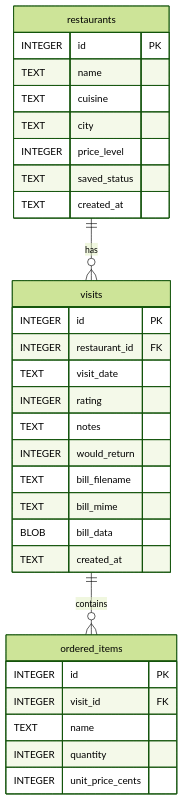
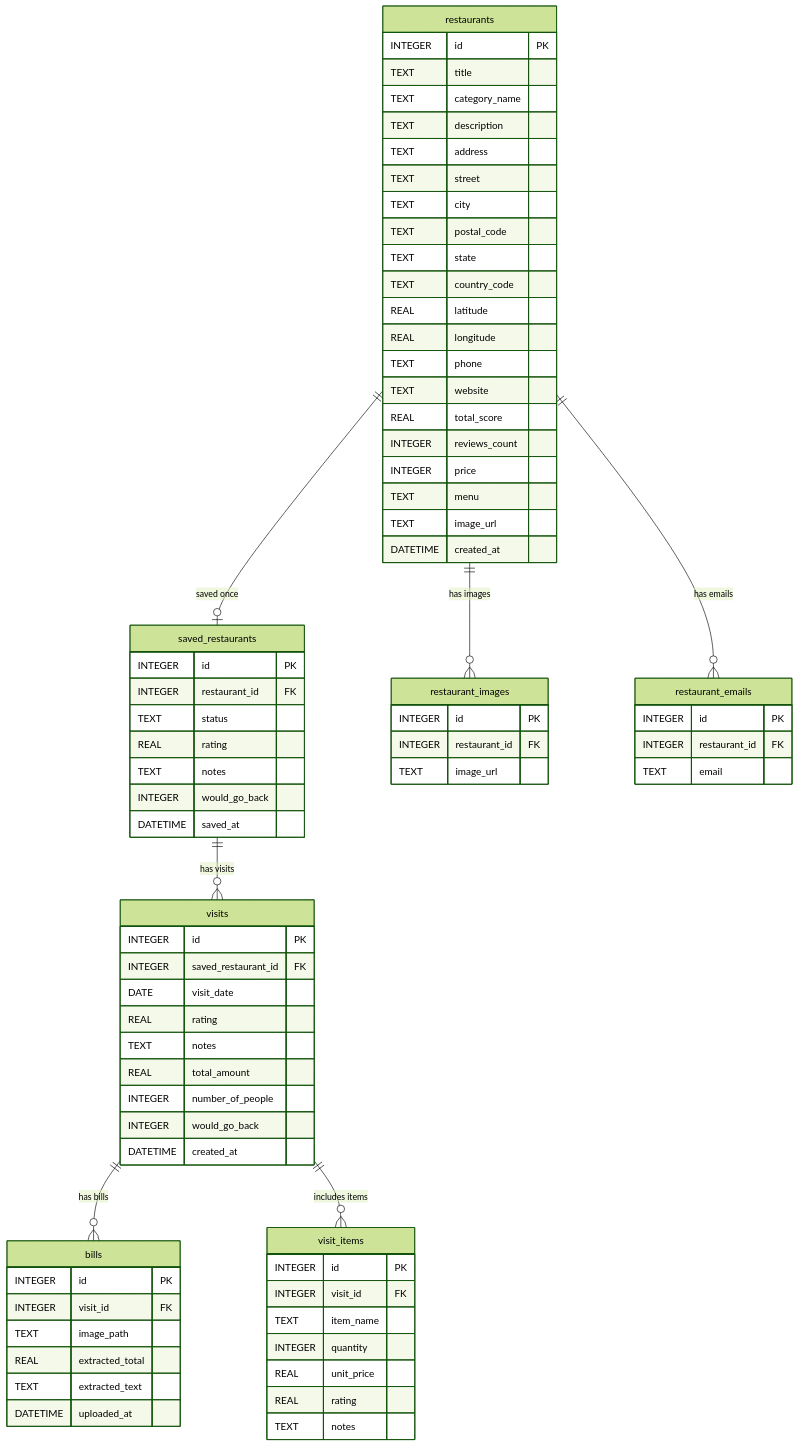
One commit to AFG64/assignment_1_Adria_Fijo changed the second of 2 diagrams in REPORT.md. Above: the diagram before and after it, drawn with Mermaid (forest theme). The commit also changed other lines of this file and 8 other files, not shown here.

Commit message:
Implement supplied SQLite schema and matching ER diagrams

````diff
--- a/REPORT.md
+++ b/REPORT.md
@@ -35,33 +35,79 @@
 ```mermaid
 erDiagram
-    restaurants ||--o{ visits : has
-    visits ||--o{ ordered_items : contains
+    restaurants ||--o| saved_restaurants : "saved once"
+    saved_restaurants ||--o{ visits : "has visits"
+    visits ||--o{ bills : "has bills"
+    visits ||--o{ visit_items : "includes items"
+    restaurants ||--o{ restaurant_images : "has images"
+    restaurants ||--o{ restaurant_emails : "has emails"
+
     restaurants {
         INTEGER id PK
-        TEXT name
-        TEXT cuisine
+        TEXT title
+        TEXT category_name
+        TEXT description
+        TEXT address
+        TEXT street
         TEXT city
-        INTEGER price_level
-        TEXT saved_status
-        TEXT created_at
+        TEXT postal_code
+        TEXT state
+        TEXT country_code
+        REAL latitude
+        REAL longitude
+        TEXT phone
+        TEXT website
+        REAL total_score
+        INTEGER reviews_count
+        INTEGER price
+        TEXT menu
+        TEXT image_url
+        DATETIME created_at
+    }
+    saved_restaurants {
+        INTEGER id PK
+        INTEGER restaurant_id FK
+        TEXT status
+        REAL rating
+        TEXT notes
+        INTEGER would_go_back
+        DATETIME saved_at
     }
     visits {
         INTEGER id PK
-        INTEGER restaurant_id FK
-        TEXT visit_date
-        INTEGER rating
+        INTEGER saved_restaurant_id FK
+        DATE visit_date
+        REAL rating
         TEXT notes
-        INTEGER would_return
-        TEXT bill_filename
-        TEXT bill_mime
-        BLOB bill_data
-        TEXT created_at
+        REAL total_amount
+        INTEGER number_of_people
+        INTEGER would_go_back
+        DATETIME created_at
     }
-    ordered_items {
+    bills {
         INTEGER id PK
         INTEGER visit_id FK
-        TEXT name
+        TEXT image_path
+        REAL extracted_total
+        TEXT extracted_text
+        DATETIME uploaded_at
+    }
+    visit_items {
+        INTEGER id PK
+        INTEGER visit_id FK
+        TEXT item_name
         INTEGER quantity
-        INTEGER unit_price_cents
+        REAL unit_price
+        REAL rating
+        TEXT notes
+    }
+    restaurant_images {
+        INTEGER id PK
+        INTEGER restaurant_id FK
+        TEXT image_url
+    }
+    restaurant_emails {
+        INTEGER id PK
+        INTEGER restaurant_id FK
+        TEXT email
     }
 ```
````
